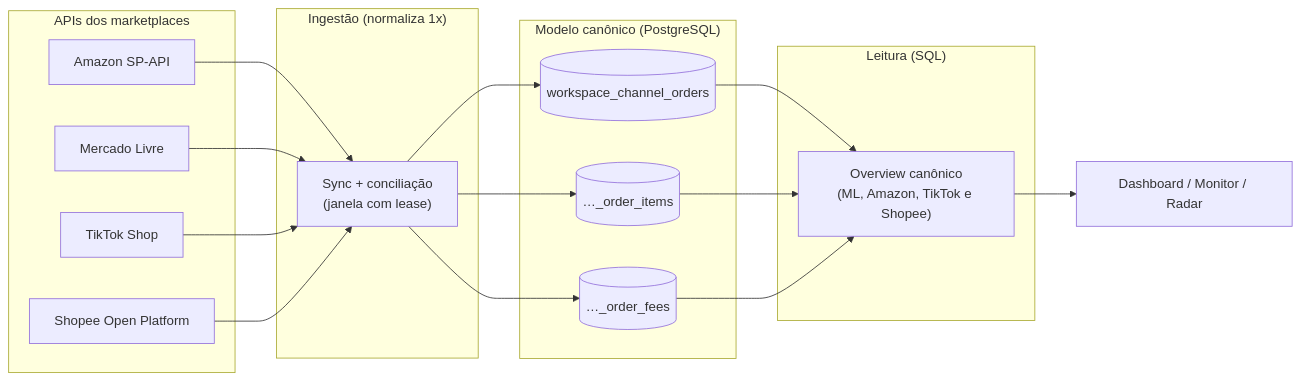
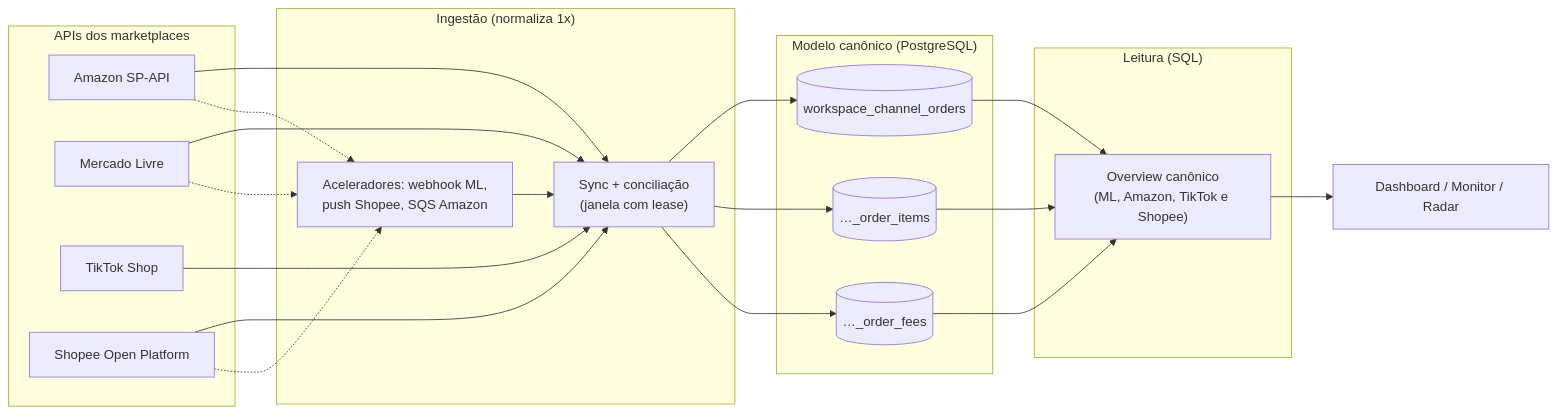
Before and after one commit to AninhaBe/amazon-fba-platform: the first of 2 diagrams in docs/architecture/overview.md, drawn with Mermaid. The commit also changed other lines of this file and 3 other files, not shown here.

````diff
--- a/docs/architecture/overview.md
+++ b/docs/architecture/overview.md
@@ -27,28 +28,33 @@
 ```mermaid
 flowchart LR
     subgraph APIs["APIs dos marketplaces"]
         AMZ["Amazon SP-API"]
         ML["Mercado Livre"]
         TT["TikTok Shop"]
         SH["Shopee Open Platform"]
     end
     subgraph Ingest["Ingestão (normaliza 1x)"]
         SYNC["Sync + conciliação<br/>(janela com lease)"]
+        PUSH["Aceleradores: webhook ML,<br/>push Shopee, SQS Amazon"]
     end
     subgraph Canon["Modelo canônico (PostgreSQL)"]
         ORD[("workspace_channel_orders")]
         ITM[("…_order_items")]
         FEE[("…_order_fees")]
     end
     subgraph Read["Leitura (SQL)"]
         OV["Overview canônico<br/>(ML, Amazon, TikTok e Shopee)"]
     end
     UI["Dashboard / Monitor / Radar"]
 
     AMZ --> SYNC
     ML --> SYNC
     TT --> SYNC
     SH --> SYNC
+    AMZ -.-> PUSH
+    ML -.-> PUSH
+    SH -.-> PUSH
+    PUSH --> SYNC
     SYNC --> ORD & ITM & FEE
     ORD & ITM & FEE --> OV --> UI
 ```
````
